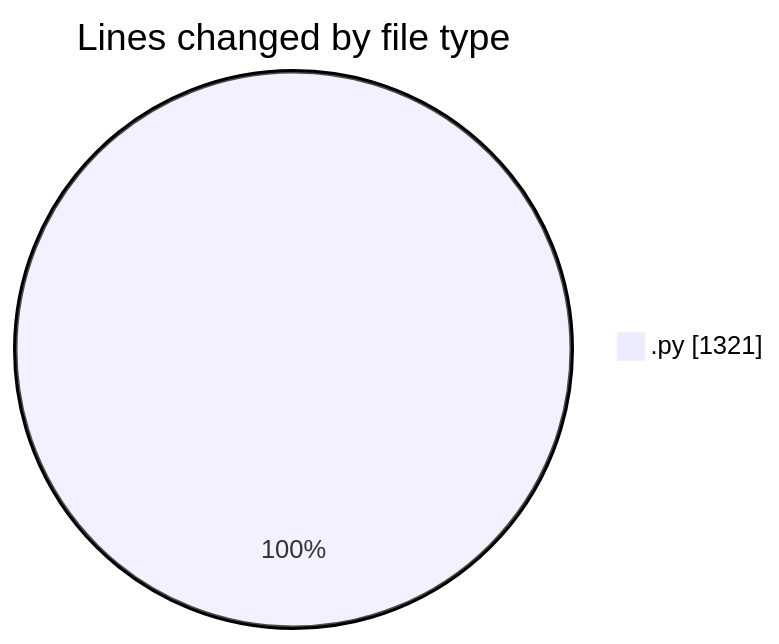
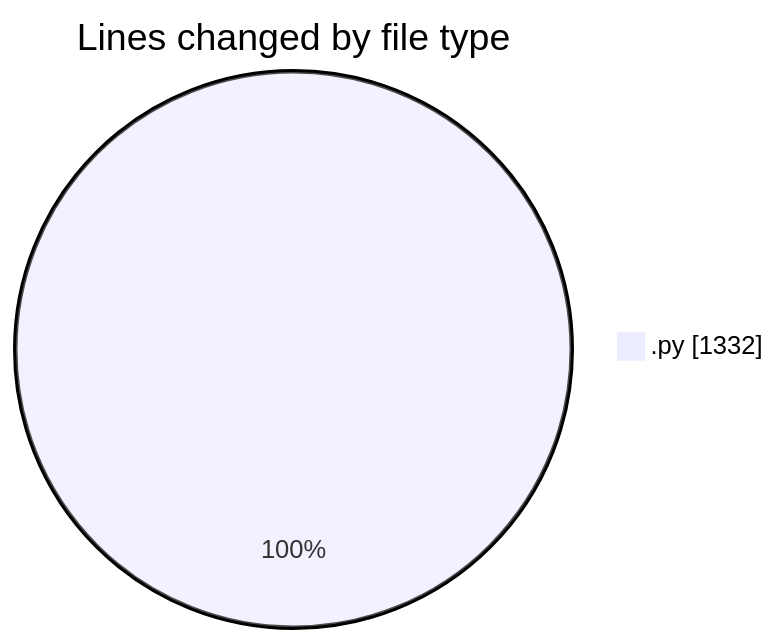
Before and after one commit to EIIisD/code-tracking: the first of 2 diagrams in 2025-07-28/refunds/README.md, drawn with Mermaid. The commit also changed other lines of this file and 1 other file, not shown here.

````diff
--- a/2025-07-28/refunds/README.md
+++ b/2025-07-28/refunds/README.md
@@ -21,5 +21,5 @@
 ```mermaid
 pie showData
 title Lines changed by file type
-".py" : 1321
+".py" : 1332
 ```
````
